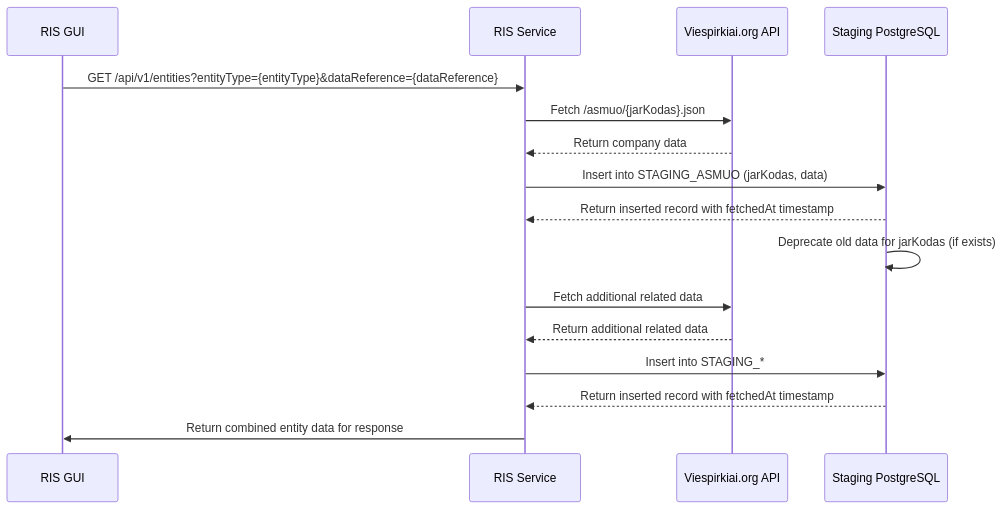
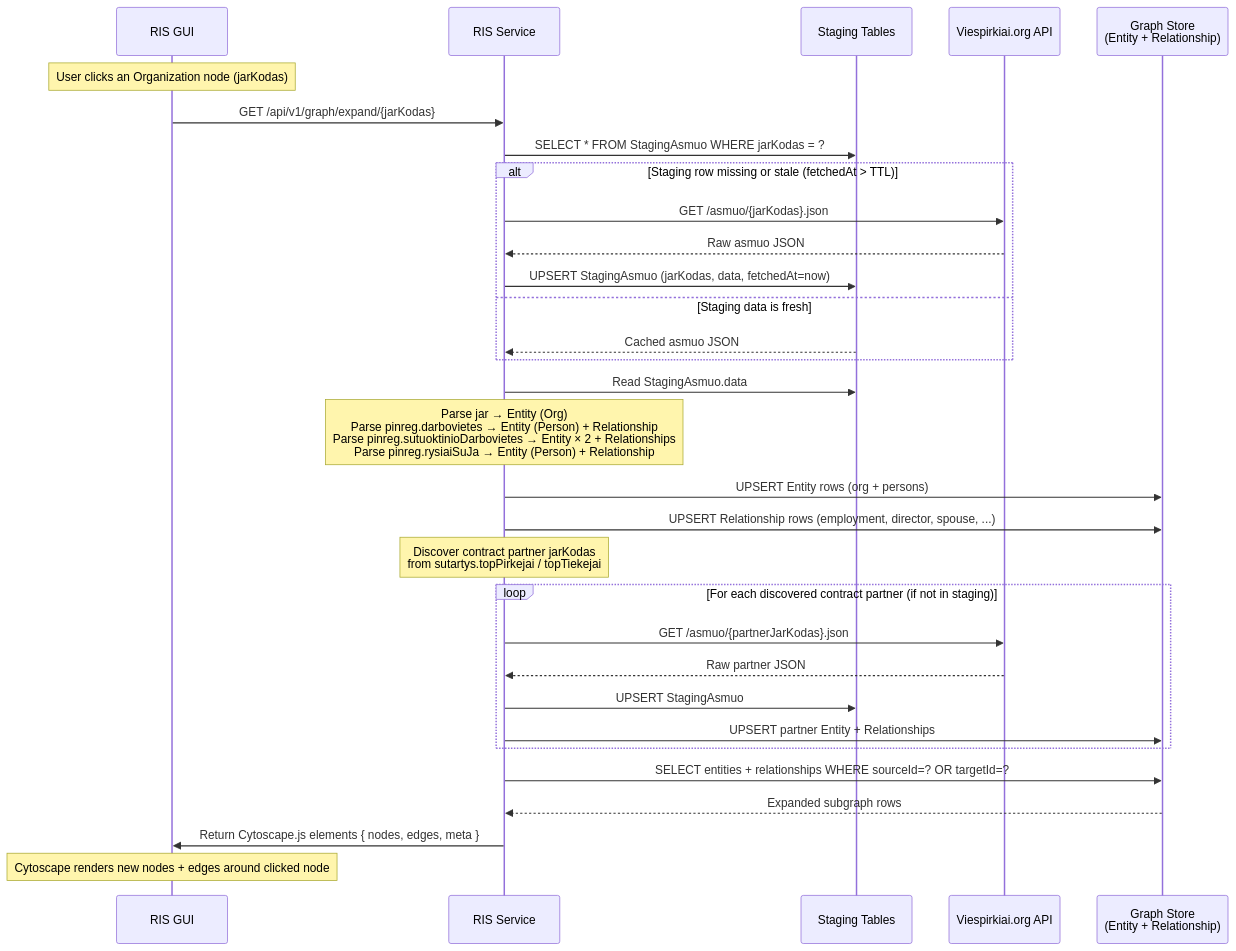
The third of 4 diagrams in docs/ARCHITECTURE.md (rimvydasb/risk-intelligence), drawn with Mermaid before and after one commit. The commit also changed other lines of this file, not shown here.

Commit message:
refine architecture documentation; update staging population flow and storage schema; enhance API design for graph expansion

````diff
--- a/docs/ARCHITECTURE.md
+++ b/docs/ARCHITECTURE.md
@@ -318,18 +319,39 @@
 ```mermaid
 sequenceDiagram
     participant GUI as RIS GUI
     participant Service as RIS Service
+    participant Staging as Staging Tables
     participant API as Viespirkiai.org API
-    participant Staging as Staging PostgreSQL
-    GUI ->> Service: GET /api/v1/entities?entityType={entityType}&dataReference={dataReference}
-    Service ->> API: Fetch /asmuo/{jarKodas}.json
-    API -->> Service: Return company data
-    Service ->> Staging: Insert into STAGING_ASMUO (jarKodas, data)
-    Staging -->> Service: Return inserted record with fetchedAt timestamp
-    Staging ->> Staging: Deprecate old data for jarKodas (if exists)
-    Service ->> API: Fetch additional related data
-    API -->> Service: Return additional related data
-    Service ->> Staging: Insert into STAGING_*
-    Staging -->> Service: Return inserted record with fetchedAt timestamp
-    Service ->> GUI: Return combined entity data for response    
+    participant Graph as Graph Store<br/>(Entity + Relationship)
+    Note over GUI: User clicks an Organization node (jarKodas)
+    GUI ->> Service: GET /api/v1/graph/expand/{jarKodas}
+%% Step 1: Check staging freshness
+    Service ->> Staging: SELECT * FROM StagingAsmuo WHERE jarKodas = ?
+    alt Staging row missing or stale (fetchedAt > TTL)
+        Service ->> API: GET /asmuo/{jarKodas}.json
+        API -->> Service: Raw asmuo JSON
+        Service ->> Staging: UPSERT StagingAsmuo (jarKodas, data, fetchedAt=now)
+    else Staging data is fresh
+        Staging -->> Service: Cached asmuo JSON
+    end
+
+%% Step 2: Parse staging → graph store
+    Service ->> Staging: Read StagingAsmuo.data
+    Note over Service: Parse jar → Entity (Org)<br/>Parse pinreg.darbovietes → Entity (Person) + Relationship<br/>Parse pinreg.sutuoktinioDarbovietes → Entity × 2 + Relationships<br/>Parse pinreg.rysiaiSuJa → Entity (Person) + Relationship
+    Service ->> Graph: UPSERT Entity rows (org + persons)
+    Service ->> Graph: UPSERT Relationship rows (employment, director, spouse, ...)
+%% Step 3: Discover and fetch related contracts
+    Note over Service: Discover contract partner jarKodas<br/>from sutartys.topPirkejai / topTiekejai
+    loop For each discovered contract partner (if not in staging)
+        Service ->> API: GET /asmuo/{partnerJarKodas}.json
+        API -->> Service: Raw partner JSON
+        Service ->> Staging: UPSERT StagingAsmuo
+        Service ->> Graph: UPSERT partner Entity + Relationships
+    end
+
+%% Step 4: Query and return expanded subgraph
+    Service ->> Graph: SELECT entities + relationships WHERE sourceId=? OR targetId=?
+    Graph -->> Service: Expanded subgraph rows
+    Service ->> GUI: Return Cytoscape.js elements { nodes, edges, meta }
+    Note over GUI: Cytoscape renders new nodes + edges around clicked node
 ```
````
